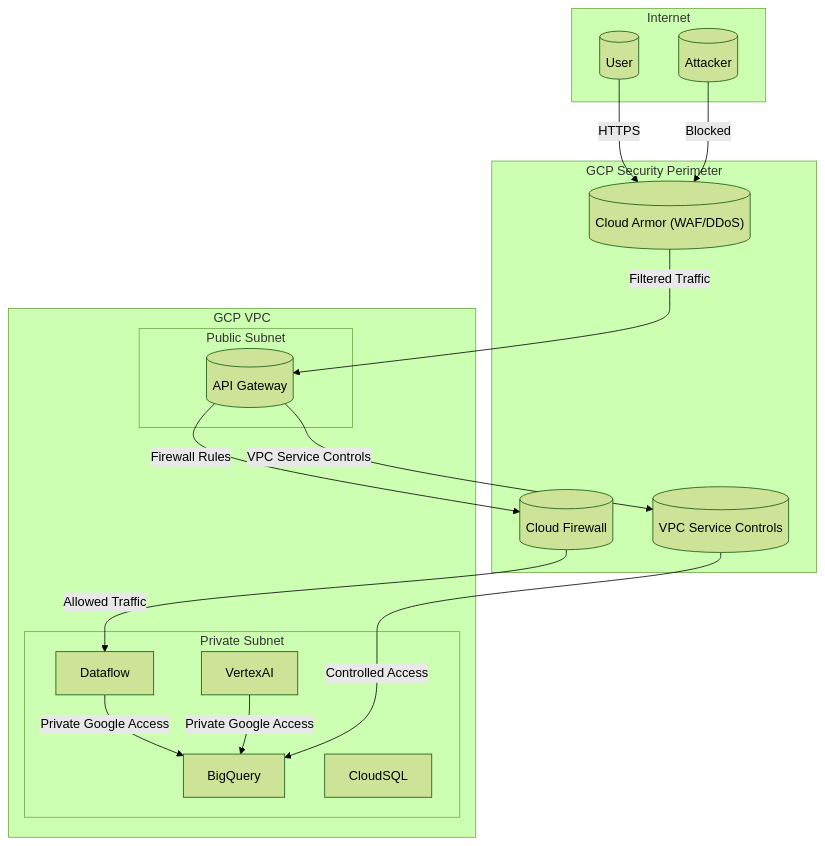
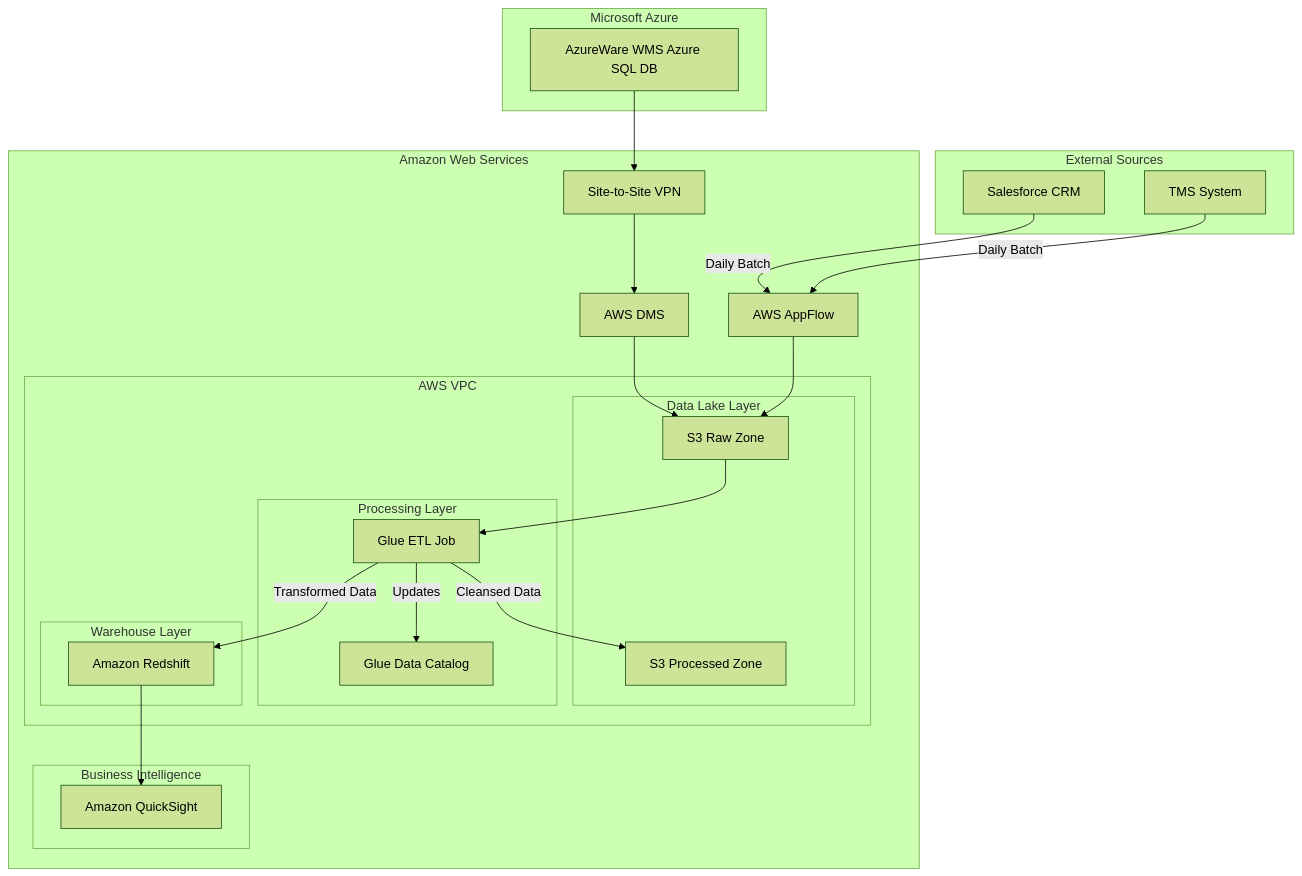
The diagram in README.md (hulkamaphone/terraform_documenter), drawn with Mermaid (forest theme) before and after one commit. The commit also changed other lines of this file, not shown here.

````diff
--- a/README.md
+++ b/README.md
@@ -292,33 +107,50 @@
 ```mermaid
 graph TD
-    subgraph "Internet"
-        User[("User")]
-        Attacker[("Attacker")]
+    subgraph "External Sources"
+        crm["Salesforce CRM"]
+        tms["TMS System"]
     end
 
-    subgraph "GCP Security Perimeter"
-        WAF[("Cloud Armor (WAF/DDoS)")]
-        VPCServiceControls[("VPC Service Controls")]
-        Firewall[("Cloud Firewall")]
+    subgraph "Microsoft Azure"
+        wms_db["AzureWare WMS Azure SQL DB"]
     end
 
-    subgraph "GCP VPC"
-        subgraph "Public Subnet"
-            APIGateway[("API Gateway")]
+    subgraph "Amazon Web Services"
+        s2s_vpn["Site-to-Site VPN"]
+        dms["AWS DMS"]
+        appflow["AWS AppFlow"]
+
+        subgraph "AWS VPC"
+            subgraph "Data Lake Layer"
+                s3_raw["S3 Raw Zone"]
+                s3_processed["S3 Processed Zone"]
+            end
+            subgraph "Processing Layer"
+                glue_catalog["Glue Data Catalog"]
+                glue_etl["Glue ETL Job"]
+            end
+            subgraph "Warehouse Layer"
+                redshift_dw["Amazon Redshift"]
+            end
         end
-
-        subgraph "Private Subnet"
-            Dataflow -- "Private Google Access" --> BigQuery
-            VertexAI -- "Private Google Access" --> BigQuery
-            CloudSQL
+        subgraph "Business Intelligence"
+            quicksight_bi["Amazon QuickSight"]
         end
     end
 
-    User -- "HTTPS" --> WAF
-    Attacker -- "Blocked" --> WAF
-    WAF -- "Filtered Traffic" --> APIGateway
-    APIGateway -- "VPC Service Controls" --> VPCServiceControls
-    VPCServiceControls -- "Controlled Access" --> BigQuery
-    APIGateway -- "Firewall Rules" --> Firewall
-    Firewall -- "Allowed Traffic" --> Dataflow
+    %% Data Flows
+    wms_db --> s2s_vpn
+    s2s_vpn --> dms
+    dms --> s3_raw
+
+    crm -- "Daily Batch" --> appflow
+    tms -- "Daily Batch" --> appflow
+    appflow --> s3_raw
+
+    s3_raw --> glue_etl
+    glue_etl -- "Updates" --> glue_catalog
+    glue_etl -- "Cleansed Data" --> s3_processed
+    glue_etl -- "Transformed Data" --> redshift_dw
+    
+    redshift_dw --> quicksight_bi
 ```
````
